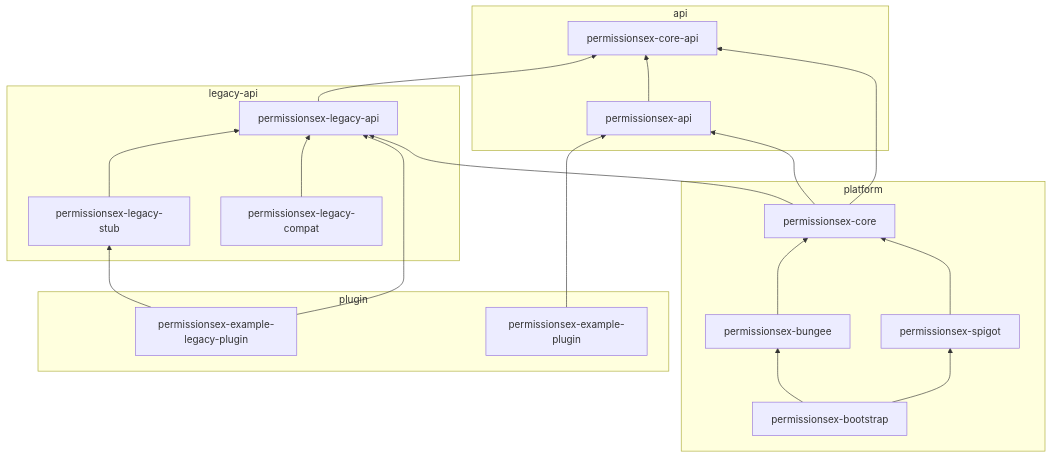
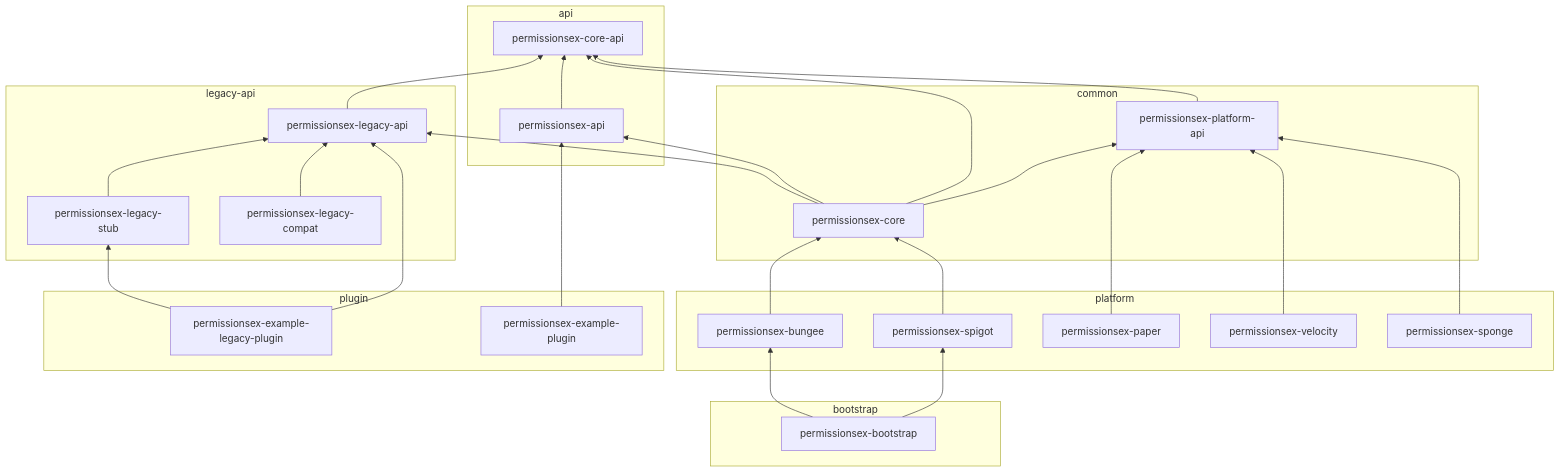
The diagram in README.md (rowan-smith/PexPlus), drawn with Mermaid before and after one commit. The commit also changed other lines of this file and 135 other files, not shown here.

First line of the commit message:
Restructure modules for multi-platform architecture

````diff
--- a/README.md
+++ b/README.md
@@ -15,36 +15,49 @@
 ```mermaid
 flowchart BT
   subgraph legacy [legacy-api]
     legacyMod[permissionsex-legacy-api]
     stub[permissionsex-legacy-stub]
     compat[permissionsex-legacy-compat]
     stub --> legacyMod
     compat --> legacyMod
   end
   subgraph api [api]
     coreapi[permissionsex-core-api]
     apiMod[permissionsex-api]
     apiMod --> coreapi
   end
-  subgraph platform [platform]
+  subgraph common [common]
+    platformapi[permissionsex-platform-api]
     core[permissionsex-core]
-    spigot[permissionsex-spigot]
-    bungee[permissionsex-bungee]
-    boot[permissionsex-bootstrap]
+    platformapi --> coreapi
+    core --> platformapi
     core --> coreapi
     core --> apiMod
     core --> legacyMod
+  end
+  subgraph platform [platform]
+    spigot[permissionsex-spigot]
+    bungee[permissionsex-bungee]
+    paper[permissionsex-paper]
+    velocity[permissionsex-velocity]
+    sponge[permissionsex-sponge]
     spigot --> core
     bungee --> core
+    paper --> platformapi
+    velocity --> platformapi
+    sponge --> platformapi
+  end
+  subgraph bootstrap [bootstrap]
+    boot[permissionsex-bootstrap]
     boot --> spigot
     boot --> bungee
   end
   subgraph plugin [plugin]
     exampleLegacy[permissionsex-example-legacy-plugin]
     example[permissionsex-example-plugin]
     exampleLegacy --> legacyMod
     exampleLegacy --> stub
     example --> apiMod
   end
   legacyMod --> coreapi
 ```
````
